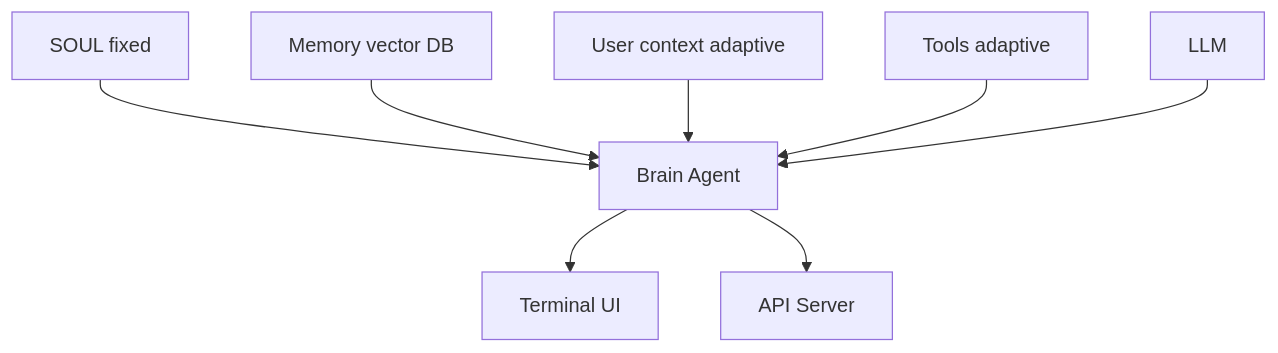
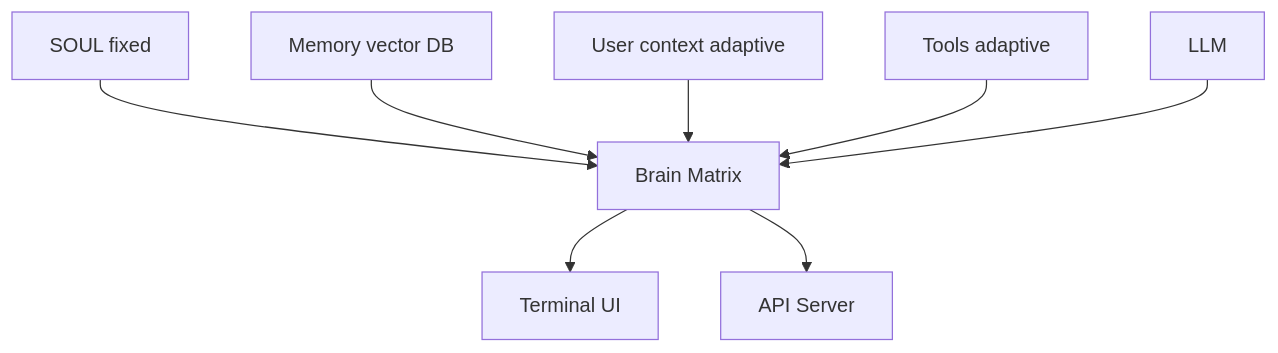
The second of 2 diagrams in docs/PROPOSAL.md (shuurai/cerebrain), drawn with Mermaid before and after one commit. The commit also changed other lines of this file and 13 other files, not shown here.

````diff
--- a/docs/PROPOSAL.md
+++ b/docs/PROPOSAL.md
@@ -52,10 +49,10 @@
 ```mermaid
 flowchart TB
   SOUL[SOUL fixed] --> Brain
   Memory[Memory vector DB] --> Brain
   User[User context adaptive] --> Brain
   Tools[Tools adaptive] --> Brain
   LLM[LLM] --> Brain
-  Brain[Brain Agent] --> Terminal[Terminal UI]
+  Brain[Brain Matrix] --> Terminal[Terminal UI]
   Brain --> API[API Server]
 ```
````
